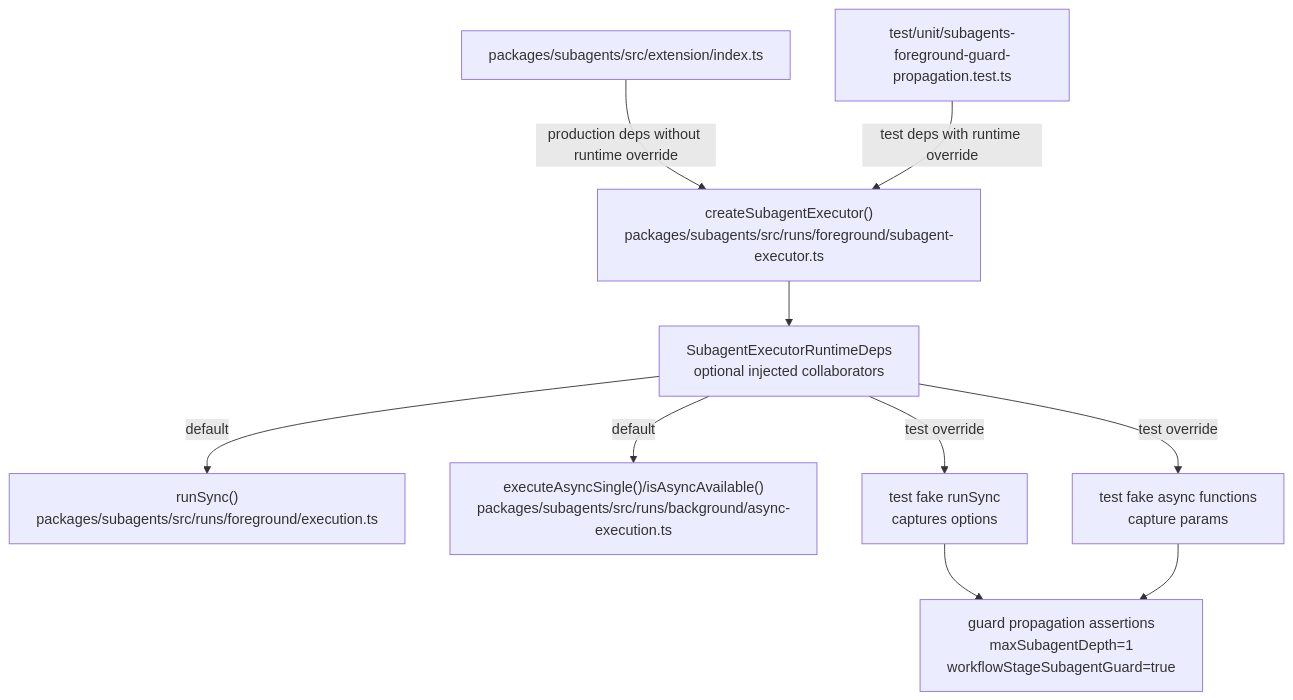
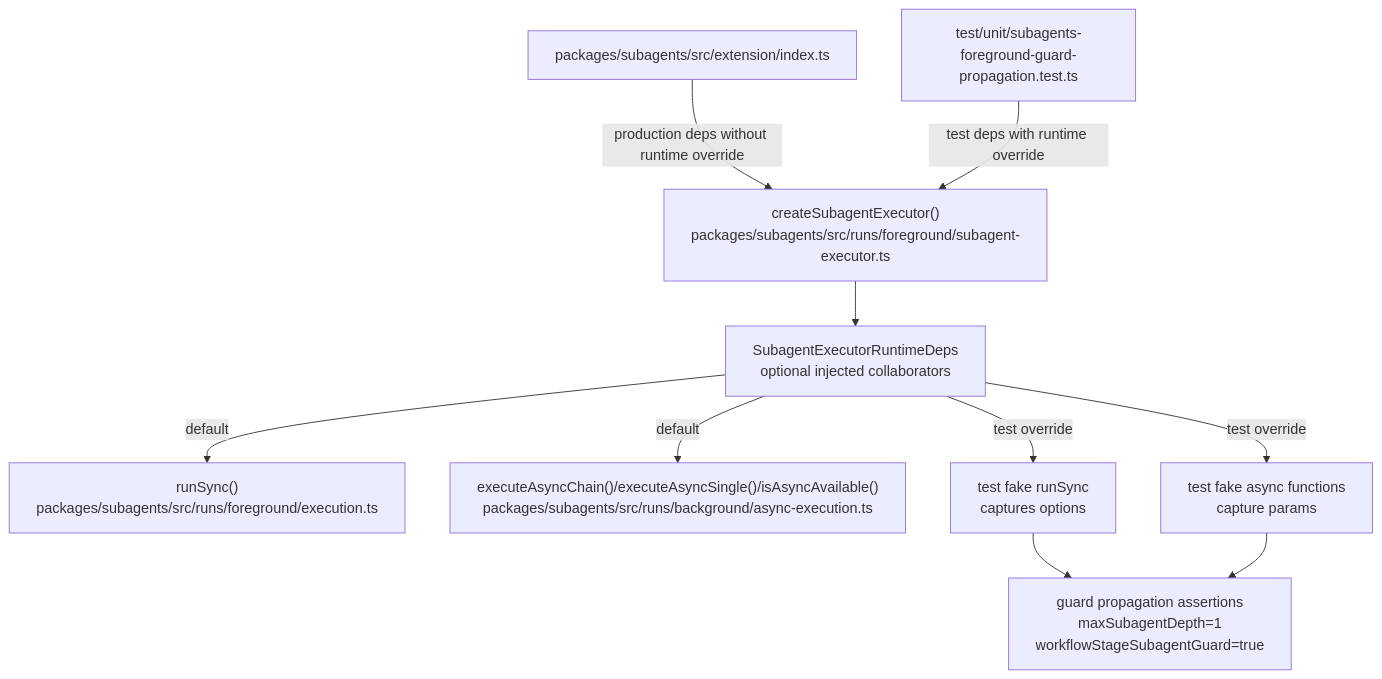
One commit to bastani-inc/atomic changed the diagram in specs/2026-05-28-implement-github-issue-https-github-com-flora131-atomic-issues-1088-in-this-repo.md. Above: the diagram before and after it, drawn with Mermaid. The commit also changed other lines of this file and 8 other files, not shown here.

First line of the commit message:
docs(subagents): document .chain.md migration, drop unsupported prompt fields

````diff
--- a/specs/2026-05-28-implement-github-issue-https-github-com-flora131-atomic-issues-1088-in-this-repo.md
+++ b/specs/2026-05-28-implement-github-issue-https-github-com-flora131-atomic-issues-1088-in-this-repo.md
@@ -86,22 +89,22 @@
 ```mermaid
 flowchart TD
     Test["test/unit/subagents-foreground-guard-propagation.test.ts"]
     Extension["packages/subagents/src/extension/index.ts"]
     Executor["createSubagentExecutor()\npackages/subagents/src/runs/foreground/subagent-executor.ts"]
     Runtime["SubagentExecutorRuntimeDeps\noptional injected collaborators"]
     RealForeground["runSync()\npackages/subagents/src/runs/foreground/execution.ts"]
-    RealAsync["executeAsyncSingle()/isAsyncAvailable()\npackages/subagents/src/runs/background/async-execution.ts"]
+    RealAsync["executeAsyncChain()/executeAsyncSingle()/isAsyncAvailable()\npackages/subagents/src/runs/background/async-execution.ts"]
     FakeForeground["test fake runSync\ncaptures options"]
     FakeAsync["test fake async functions\ncapture params"]
     Assertions["guard propagation assertions\nmaxSubagentDepth=1\nworkflowStageSubagentGuard=true"]
 
     Extension -->|production deps without runtime override| Executor
     Test -->|test deps with runtime override| Executor
     Executor --> Runtime
     Runtime -->|default| RealForeground
     Runtime -->|default| RealAsync
     Runtime -->|test override| FakeForeground
     Runtime -->|test override| FakeAsync
     FakeForeground --> Assertions
     FakeAsync --> Assertions
 ```
````
